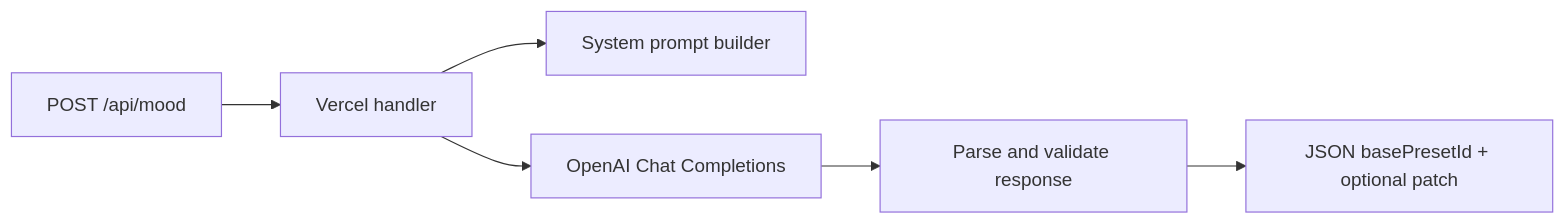
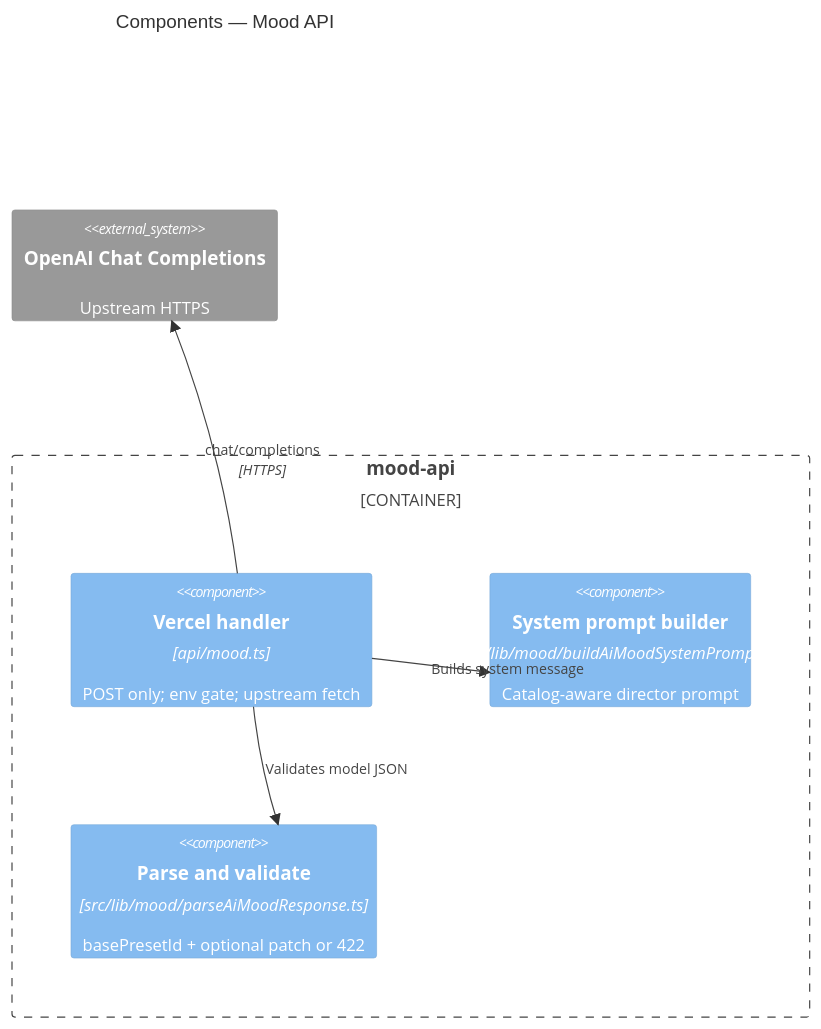
One commit to aryanjohari/web-image-editor changed the diagram in docs/c4/3-components/mood-api.mmd. Above: the diagram before and after it, drawn with Mermaid. The commit also changed 16 other files, not shown here.

```diff
--- a/docs/c4/3-components/mood-api.mmd
+++ b/docs/c4/3-components/mood-api.mmd
@@ -1,13 +1,29 @@
-flowchart LR
-  post[POST /api/mood]
-  handler[Vercel handler]
-  prompt[System prompt builder]
-  openai[OpenAI Chat Completions]
-  parse[Parse and validate response]
-  json["JSON basePresetId + optional patch"]
+%% C3 Components — mood-api (optional Vercel serverless)
 
-  post --> handler
-  handler --> prompt
-  handler --> openai
-  openai --> parse
-  parse --> json
+C4Component
+  title Components — Mood API
+  Container_Boundary(mood, "mood-api") {
+    Component(handler, "Vercel handler", "api/mood.ts", "POST only; env gate; upstream fetch")
+    Component(prompt, "System prompt builder", "src/lib/mood/buildAiMoodSystemPrompt.ts", "Catalog-aware director prompt")
+    Component(parse, "Parse and validate", "src/lib/mood/parseAiMoodResponse.ts", "basePresetId + optional patch or 422")
+  }
+
+  System_Ext(openai, "OpenAI Chat Completions", "Upstream HTTPS")
+
+  Rel(handler, prompt, "Builds system message")
+  Rel(handler, openai, "chat/completions", "HTTPS")
+  Rel(handler, parse, "Validates model JSON")
+
+%% flowchart equivalent:
+%% flowchart LR
+%%   post[POST /api/mood]
+%%   handler[Vercel handler]
+%%   prompt[System prompt builder]
+%%   openai[OpenAI Chat Completions]
+%%   parse[Parse and validate]
+%%   json["JSON basePresetId + optional patch"]
+%%   post --> handler
+%%   handler --> prompt
+%%   handler --> openai
+%%   openai --> parse
+%%   parse --> json
```
